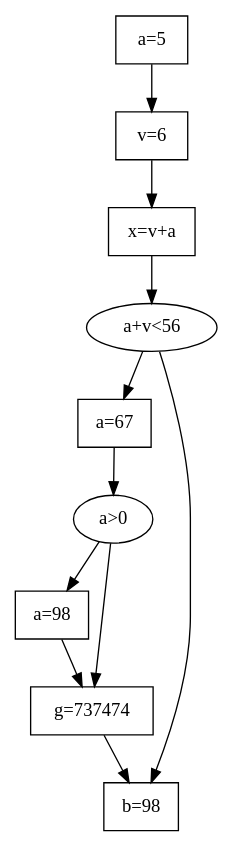
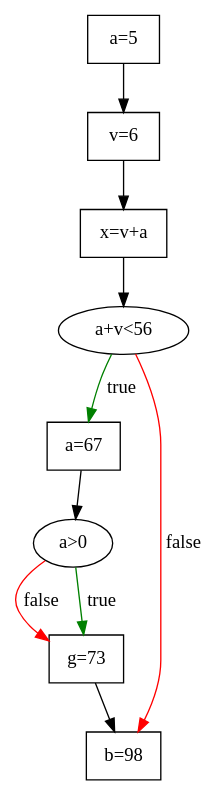
One commit to JarYamsiv/Haskell changed the diagram in parsec/csim/a.dot. Above: the diagram before and after it, drawn with Graphviz. The commit also changed 5 other files, not shown here.

```diff
--- a/parsec/csim/a.dot
+++ b/parsec/csim/a.dot
@@ -1,29 +1,26 @@
 digraph{
 a0[shape=box label="a=5"]
 
 a1[shape=box label="v=6"]
 a0->a1
 
 a2[shape=box label="x=v+a"]
 a1->a2
 
 i3[label="a+v<56"]a2->i3
 a4[shape=box label="a=67"]
-i3->a4
+i3->a4[color=green label="true"]
 
 i5[label="a>0"]a4->i5
-a6[shape=box label="a=98"]
-i5->a6
+
+a6[shape=box label="g=73"]
+i5->a6[color=red label="false"]
+i5->a6[color=green label="true"]
 
 
-a7[shape=box label="g=737474"]
-i5->a7
+a7[shape=box label="b=98"]
+i3->a7[color=red label="false"]
 a6->a7
 
 
-a8[shape=box label="b=98"]
-i3->a8
-a7->a8
-
-
 }
```
